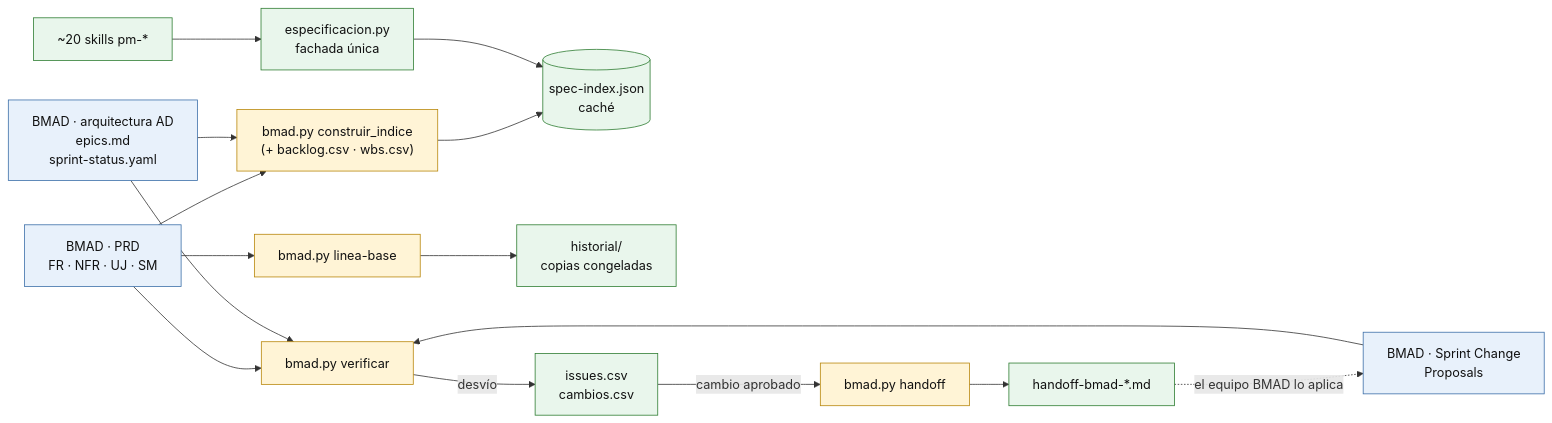
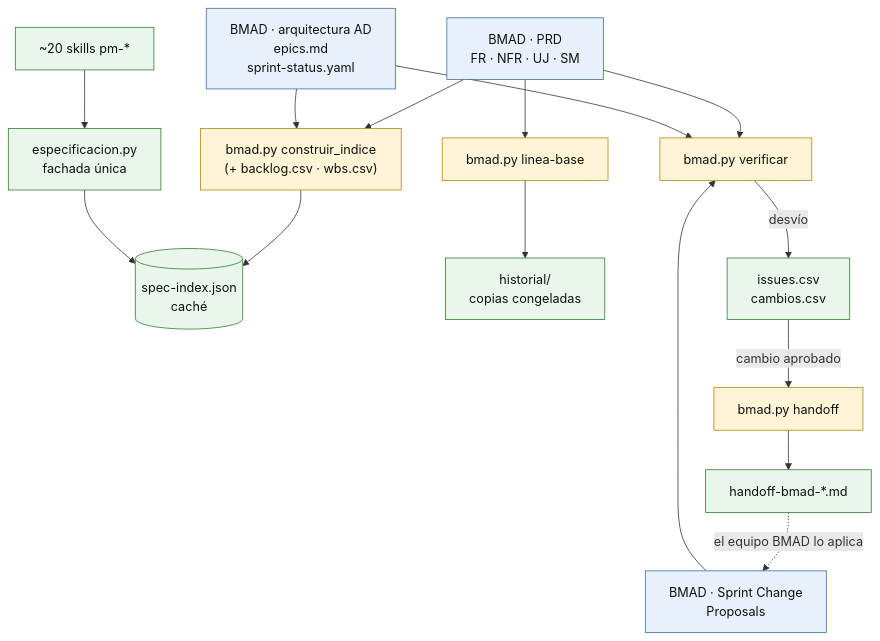
Before and after one commit to Arturo-Penas-Rial/pm-method: the first of 3 diagrams in docs/sincronizacion.md, drawn with Mermaid. The commit also changed 52 other files, not shown here.

Commit message:
pm-method 2.1.0: guías E2E para el usuario, prompts y entradas/salidas en los casos, diagramas legibles

````diff
--- a/docs/sincronizacion.md
+++ b/docs/sincronizacion.md
@@ -54,26 +54,26 @@
 ```mermaid
-flowchart LR
+flowchart TB
   %% Colores: BMAD (solo lectura) · puente bmad.py · carpeta del proyecto
   PRD["BMAD · PRD<br/>FR · NFR · UJ · SM"]:::bmad
   DOC["BMAD · arquitectura AD<br/>epics.md<br/>sprint-status.yaml"]:::bmad
   SCP["BMAD · Sprint Change<br/>Proposals"]:::bmad
   IDX["bmad.py construir_indice<br/>(+ backlog.csv · wbs.csv)"]:::puente
   LB["bmad.py linea-base"]:::puente
   VER["bmad.py verificar"]:::puente
   HO["bmad.py handoff"]:::puente
   CACHE[("spec-index.json<br/>caché")]:::pm
   FAC["especificacion.py<br/>fachada única"]:::pm
   SK["~20 skills pm-*"]:::pm
   HIST["historial/<br/>copias congeladas"]:::pm
   REG["issues.csv<br/>cambios.csv"]:::pm
   HDOC["handoff-bmad-*.md"]:::pm
   PRD & DOC --> IDX --> CACHE
   SK --> FAC --> CACHE
   PRD --> LB --> HIST
   PRD & DOC & SCP --> VER -->|desvío| REG
   REG -->|"cambio aprobado"| HO --> HDOC
   HDOC -.->|"el equipo BMAD lo aplica"| SCP
   classDef bmad fill:#e8f1fb,stroke:#3b6ea8,color:#111
   classDef puente fill:#fff4d6,stroke:#b8860b,color:#111
   classDef pm fill:#e9f6ec,stroke:#2e7d32,color:#111
 ```
````
